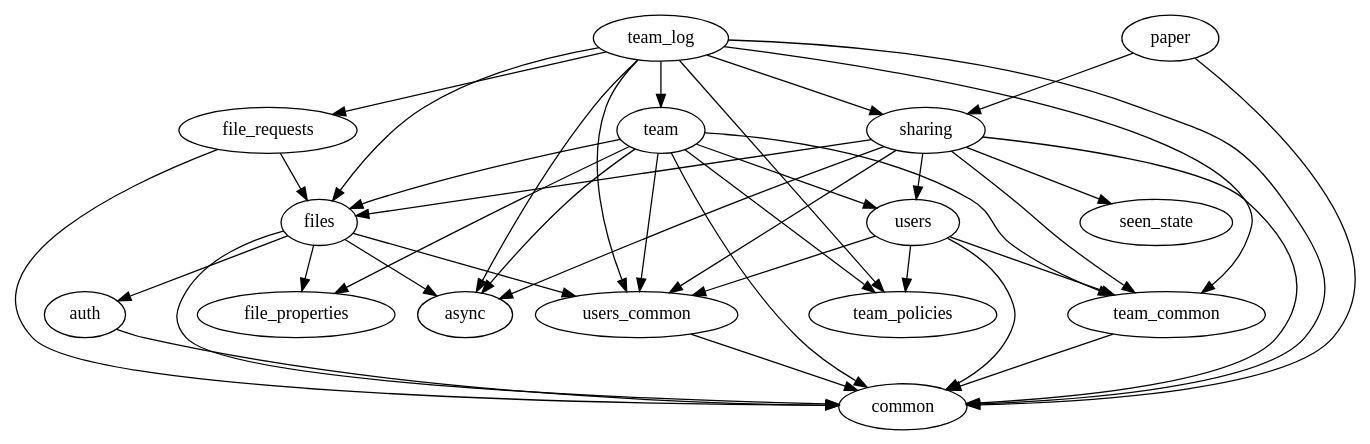
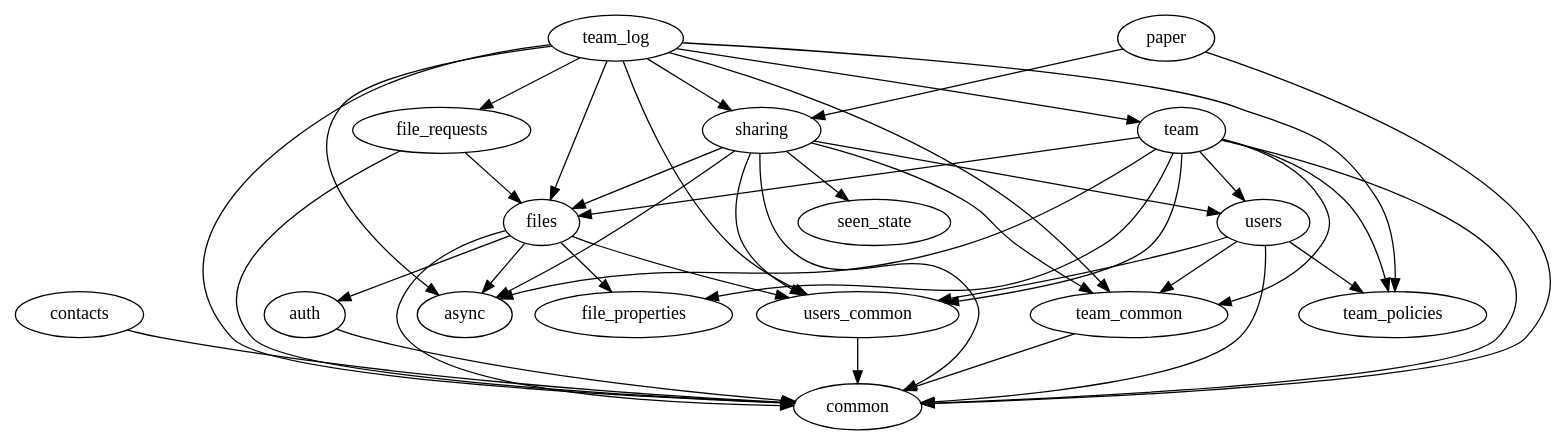
One commit to dropbox/dropbox-sdk-rust changed the diagram in namespaces.dot. Above: the diagram before and after it, drawn with Graphviz. The commit also changed 8 other files, not shown here.

```diff
--- a/namespaces.dot
+++ b/namespaces.dot
@@ -1,17 +1,18 @@
 digraph deps {
     async;
     auth -> { common };
     common;
+    contacts -> { common };
     file_properties;
     file_requests -> { common files };
     files -> { async auth common file_properties users_common };
     paper -> { common sharing };
     seen_state;
     sharing -> { async common files seen_state team_common users users_common };
     team -> { async common file_properties files team_common team_policies users users_common };
     team_common -> { common };
     team_log -> { async common file_requests files sharing team team_common team_policies users_common };
     team_policies;
     users -> { common team_common team_policies users_common };
     users_common -> { common };
 }
```
